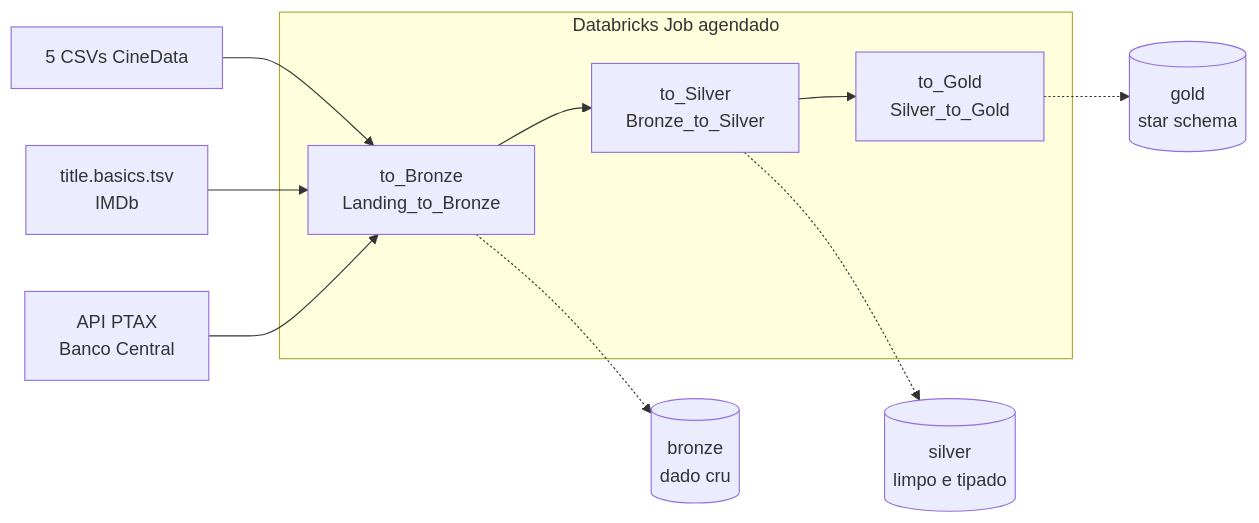
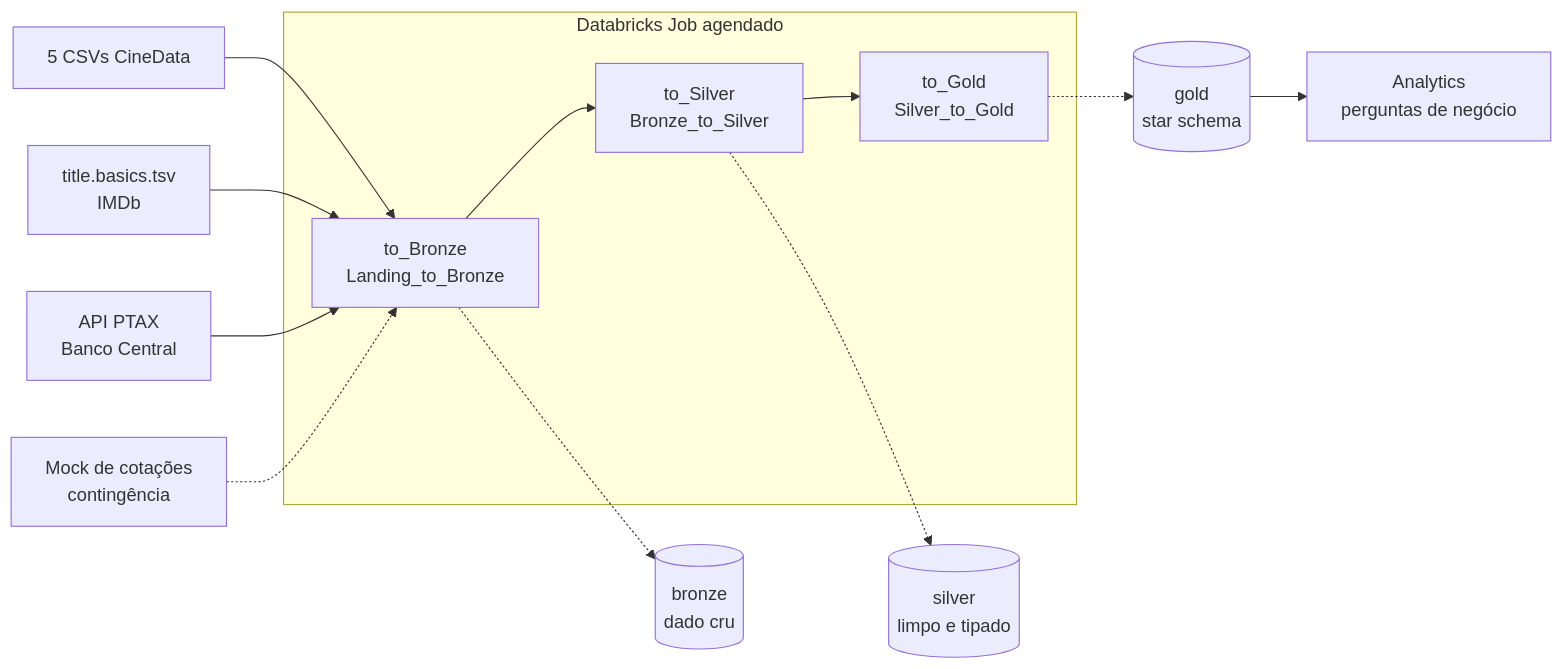
One commit to MDuqi/RocketLab-activities changed the first of 2 diagrams in activity-3/README.md. Above: the diagram before and after it, drawn with Mermaid. The commit also changed other lines of this file, not shown here.

Commit message:
Edit: update README.md to reflect changes in pipeline execution, notebook tasks, and contingency mock for API failures

````diff
--- a/activity-3/README.md
+++ b/activity-3/README.md
@@ -29,12 +30,14 @@
 ```mermaid
 flowchart LR
     subgraph JOB [Databricks Job agendado]
         TB[to_Bronze<br/>Landing_to_Bronze] --> TS[to_Silver<br/>Bronze_to_Silver] --> TG[to_Gold<br/>Silver_to_Gold]
     end
     CSV[5 CSVs CineData] --> TB
     IMDB[title.basics.tsv<br/>IMDb] --> TB
     API[API PTAX<br/>Banco Central] --> TB
+    MOCK[Mock de cotações<br/>contingência] -.-> TB
     TB -.-> B[(bronze<br/>dado cru)]
     TS -.-> S[(silver<br/>limpo e tipado)]
     TG -.-> G[(gold<br/>star schema)]
+    G --> AN[Analytics<br/>perguntas de negócio]
 ```
````
